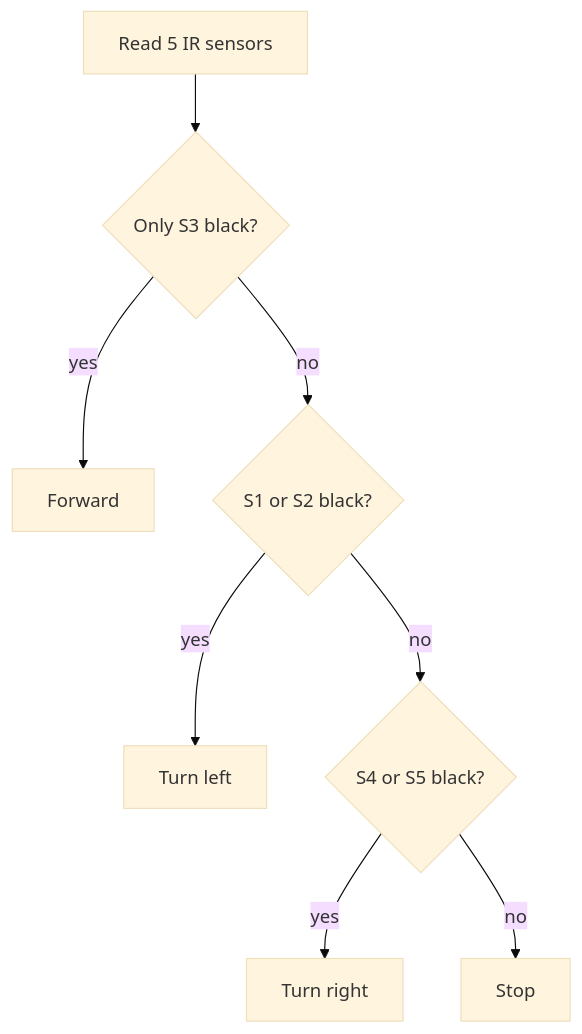
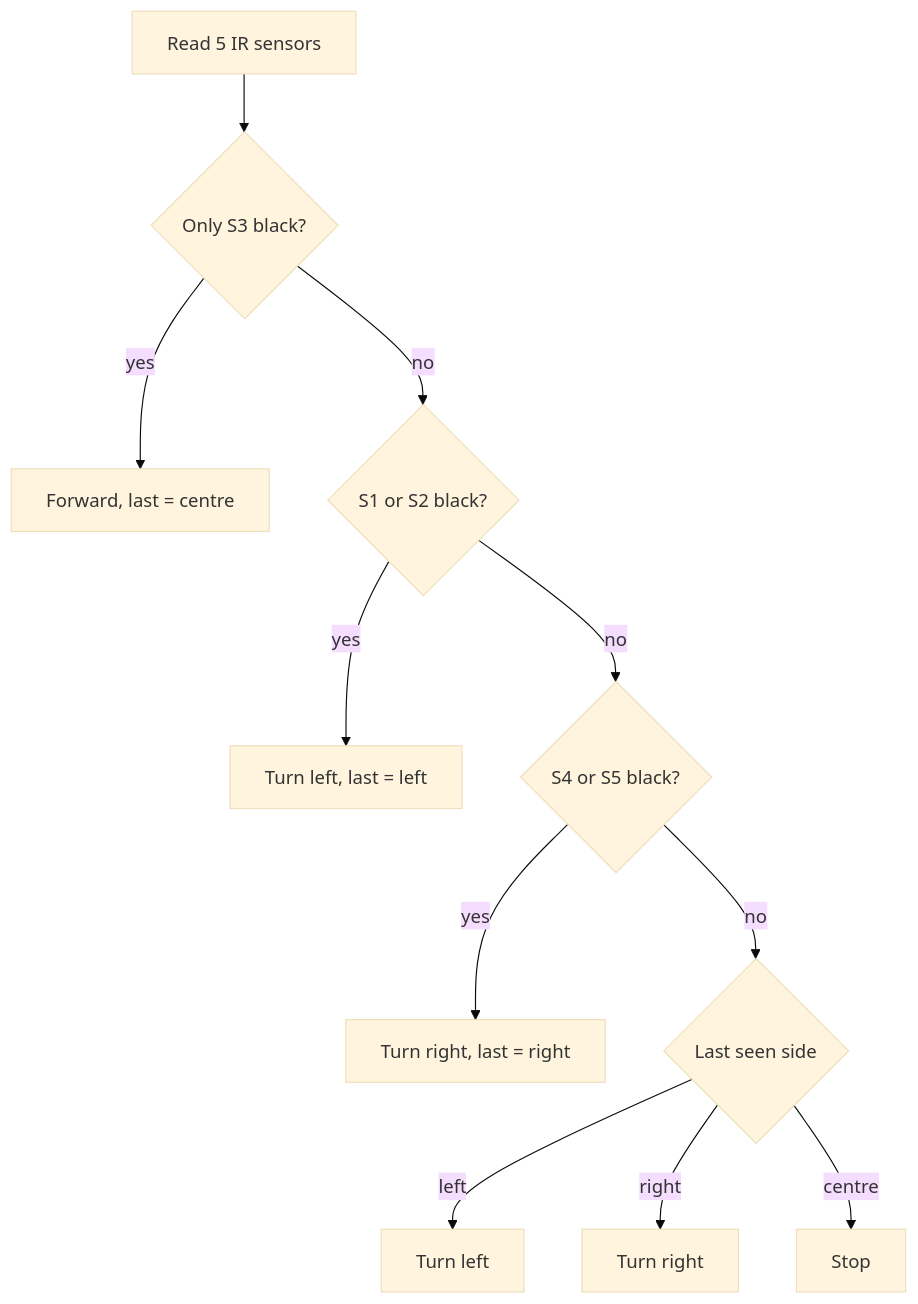
One commit to Swayam7024/line-following changed the diagram in README.md. Above: the diagram before and after it, drawn with Mermaid (base theme). The commit also changed other lines of this file and 1 other file, not shown here.

````diff
--- a/README.md
+++ b/README.md
@@ -60,10 +73,13 @@
 ```mermaid
 flowchart TD
     A[Read 5 IR sensors] --> B{Only S3 black?}
-    B -- yes --> F[Forward]
+    B -- yes --> F[Forward, last = centre]
     B -- no --> C{S1 or S2 black?}
-    C -- yes --> L[Turn left]
+    C -- yes --> L[Turn left, last = left]
     C -- no --> D{S4 or S5 black?}
-    D -- yes --> R[Turn right]
-    D -- no --> S[Stop]
+    D -- yes --> R[Turn right, last = right]
+    D -- no --> E{Last seen side}
+    E -- left --> L2[Turn left]
+    E -- right --> R2[Turn right]
+    E -- centre --> S[Stop]
 ```
````
